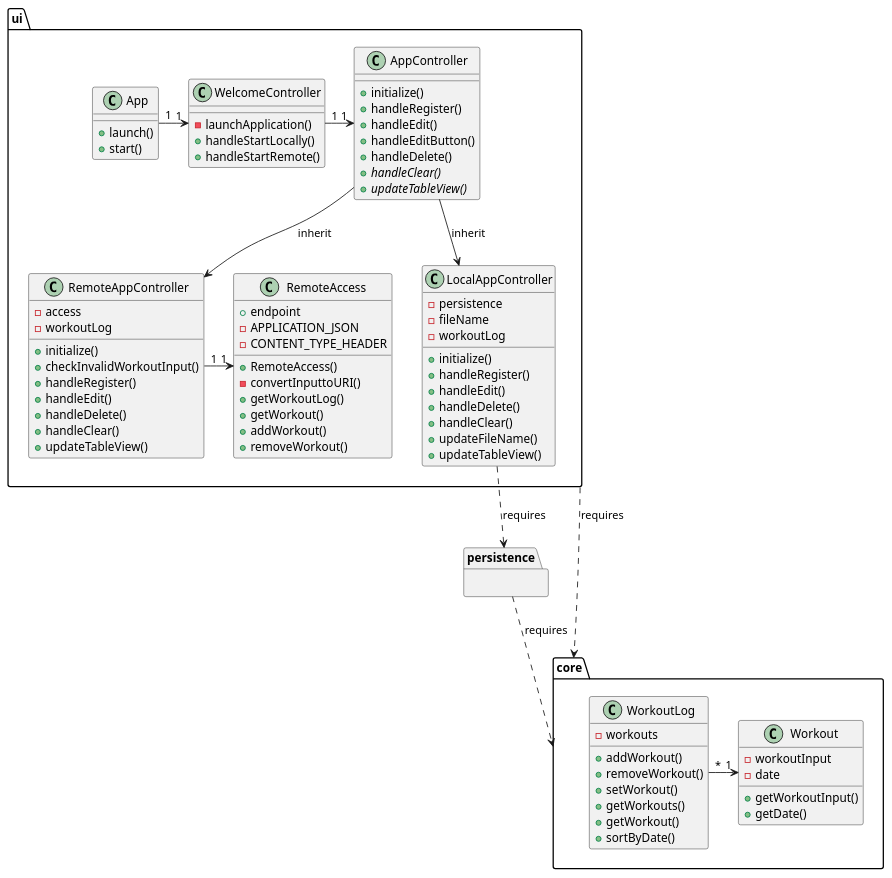
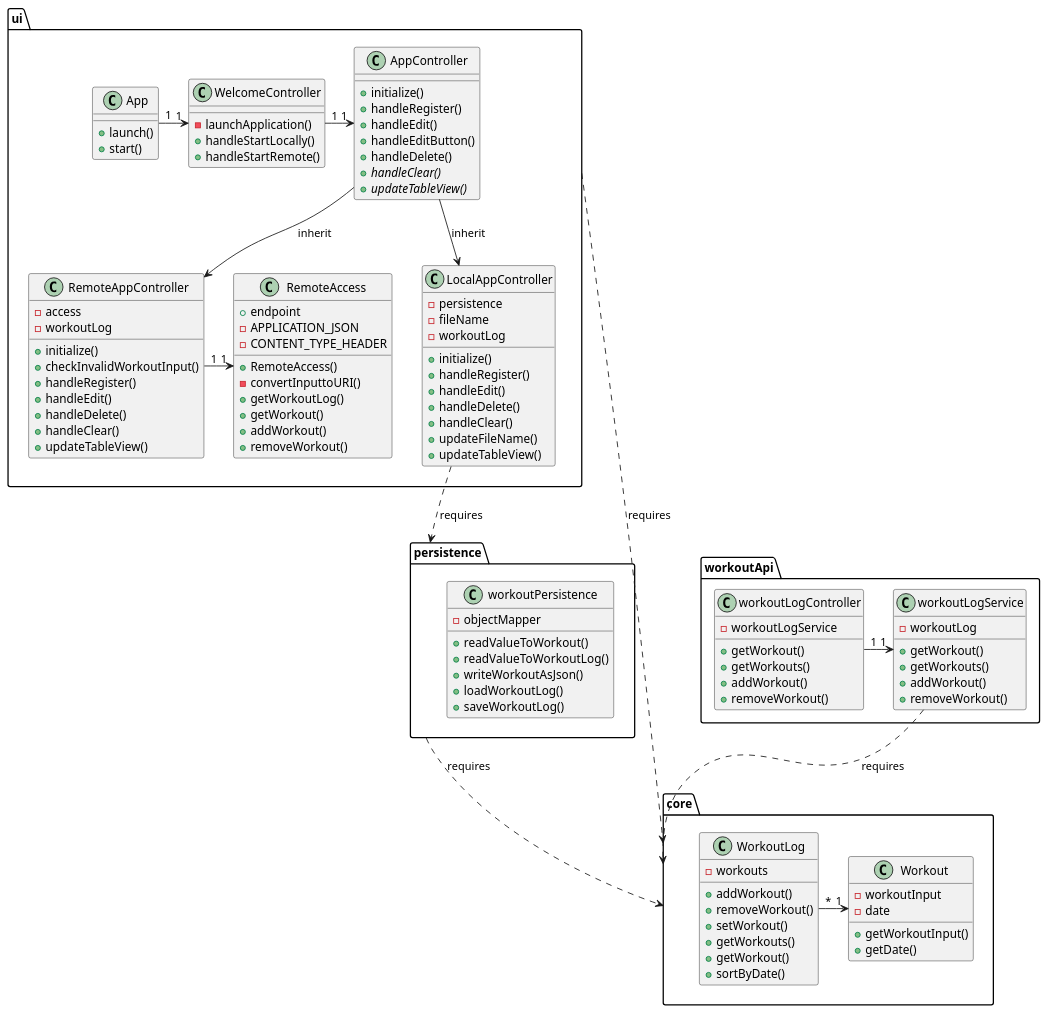
One commit to elinefon/WorkoutApp changed the diagram in docs/release3/ClassDiagram.puml. Above: the diagram before and after it, drawn with PlantUML. The commit also changed 2 other files, not shown here.

Commit message:
[docs] Made changes to diagrams (#74) Co-authored by Ingvil Sandven ingviksa@stud.ntnu.no

```diff
--- a/docs/release3/ClassDiagram.puml
+++ b/docs/release3/ClassDiagram.puml
@@ -1,108 +1,140 @@
 @startuml
 
 
 package ui {
     class App{
         +launch()
         +start()
     }
 
     class WelcomeController{
         -launchApplication()
         +handleStartLocally()
         +handleStartRemote()
         
     }
 
     class AppController{
         +initialize()
         +handleRegister()
         +handleEdit()
         +handleEditButton()
         +handleDelete()
         +//handleClear()//
         +//updateTableView()//
 
 
     }
 
     class RemoteAccess{
         +endpoint
         -APPLICATION_JSON
         -CONTENT_TYPE_HEADER
         +RemoteAccess()
         -convertInputtoURI()
         +getWorkoutLog()
         +getWorkout()
         +addWorkout()
         +removeWorkout()
     }
 
     class LocalAppController{
         -persistence
         -fileName
         -workoutLog
         +initialize()
         +handleRegister()
         +handleEdit()
         +handleDelete()
         +handleClear()
         +updateFileName()
         +updateTableView()
     }
 
     class RemoteAppController{
         -access
         -workoutLog
         +initialize()
         +checkInvalidWorkoutInput()
         +handleRegister()
         +handleEdit()
         +handleDelete()
         +handleClear()
         +updateTableView()
     }
 }
 
 package core{
     class Workout{
         -workoutInput
         -date
         +getWorkoutInput()
         +getDate()
     }
 
     class WorkoutLog{
         -workouts
         +addWorkout()
         +removeWorkout()
         +setWorkout()
         +getWorkouts()
         +getWorkout()
         +sortByDate()
 
     }
 }
 
 package persistence{
+    class workoutPersistence{
+        -objectMapper
+        +readValueToWorkout()
+        +readValueToWorkoutLog()
+        +writeWorkoutAsJson()
+        +loadWorkoutLog()
+        +saveWorkoutLog()
+    }
+}
+
+package workoutApi{
+    class workoutLogController{
+        -workoutLogService
+        +getWorkout()
+        +getWorkouts()
+        +addWorkout()
+        +removeWorkout()
+    }
+
+    class workoutLogService{
+        -workoutLog
+        +getWorkout()
+        +getWorkouts()
+        +addWorkout()
+        +removeWorkout()
+    }
 
 }
 
 App "1"->"1" WelcomeController
 WelcomeController "1"->"1" AppController
 RemoteAppController "1"->"1" RemoteAccess
 AppController --> RemoteAppController : inherit
 AppController --> LocalAppController : inherit
 
 WorkoutLog "*"->"1" Workout
 
 LocalAppController ..> persistence : requires
 ui ..> core : requires
 persistence ..> core : requires
 
+workoutLogController "1"->"1" workoutLogService
+
+workoutLogService ..> core : requires
+
+
+
 
 
 
 
 
 @enduml
```
